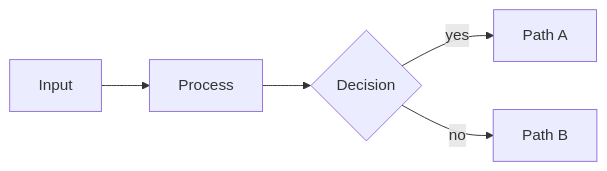
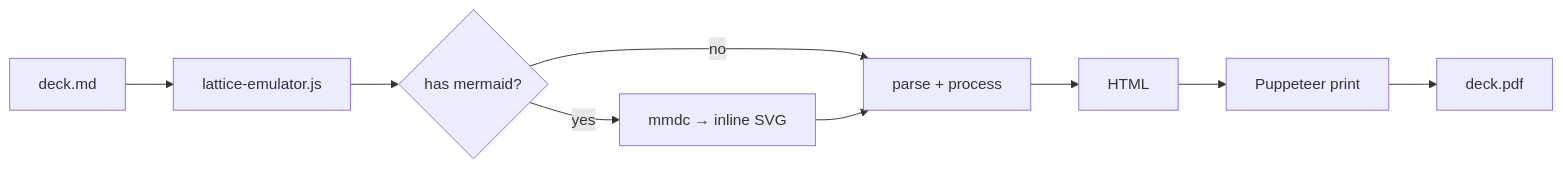
One commit to SlideWright/lattice changed the diagram in examples/component-gallery.md. Above: the diagram before and after it, drawn with Mermaid. The commit also changed other lines of this file and 35 other files, not shown here.

````diff
--- a/examples/component-gallery.md
+++ b/examples/component-gallery.md
@@ -550,7 +581,11 @@
 ```mermaid
 flowchart LR
-  A[Input] --> B[Process]
-  B --> C{Decision}
-  C -->|yes| D[Path A]
-  C -->|no| E[Path B]
+  A[deck.md] --> B[lattice-emulator.js]
+  B --> C{has mermaid?}
+  C -->|yes| D[mmdc → inline SVG]
+  C -->|no| E[parse + process]
+  D --> E
+  E --> F[HTML]
+  F --> G[Puppeteer print]
+  G --> H[deck.pdf]
 ```
````
